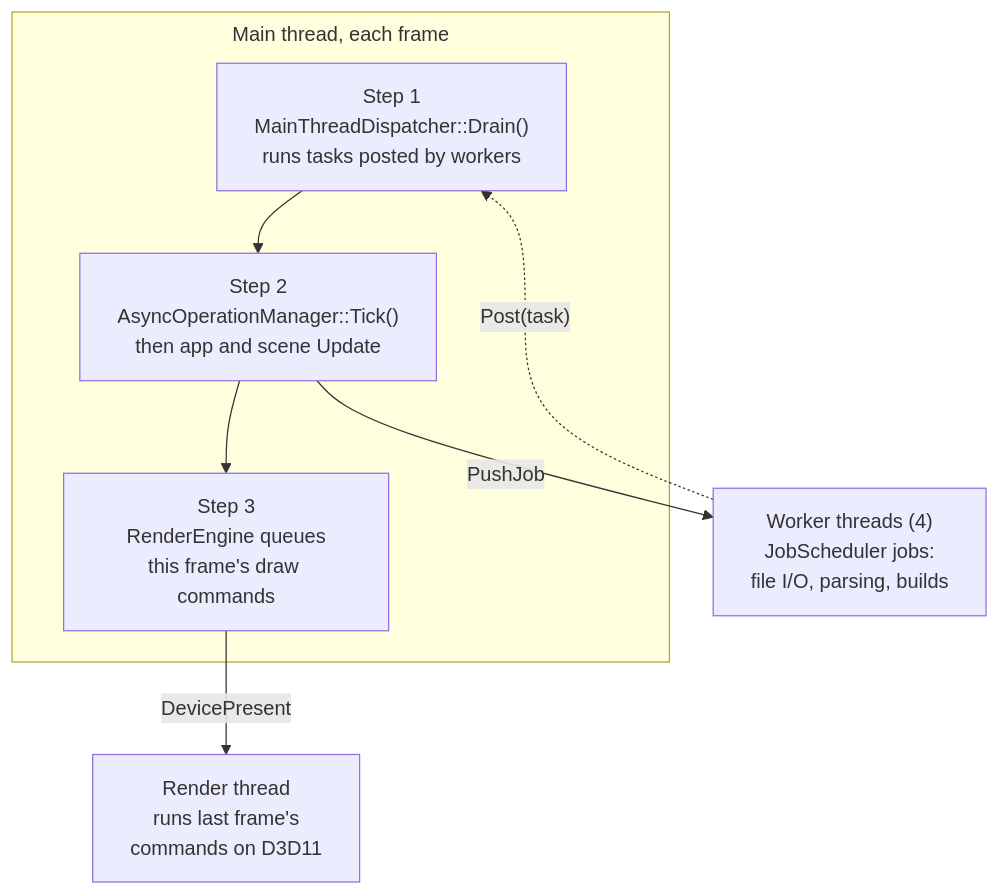
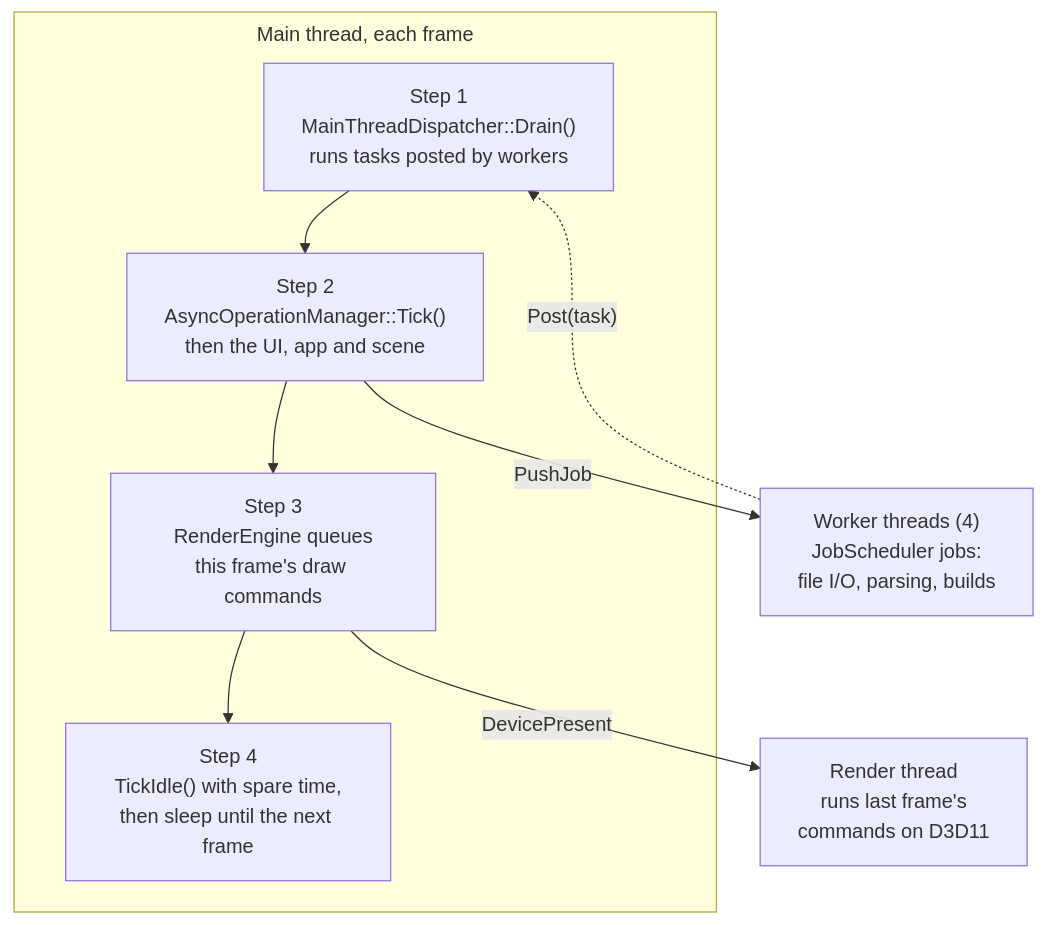
One commit to b1nary0/RZE changed the diagram in Docs/Generated/Engine/06-Platform-And-Infrastructure/Threading-And-Jobs.md. Above: the diagram before and after it, drawn with Mermaid. The commit also changed other lines of this file and 16 other files, not shown here.

````diff
--- a/Docs/Generated/Engine/06-Platform-And-Infrastructure/Threading-And-Jobs.md
+++ b/Docs/Generated/Engine/06-Platform-And-Infrastructure/Threading-And-Jobs.md
@@ -5,15 +5,16 @@
 ```mermaid
 %%{init: {'flowchart': {'subGraphTitleMargin': {'top': 6, 'bottom': 10}}, 'themeCSS': '.labelBkg, .edgeLabel { background-color: var(--background-primary) !important; } .messageText, .labelText, .loopText { paint-order: stroke; stroke: var(--background-primary); stroke-width: 5px; stroke-linejoin: round; }'}}%%
 flowchart TD
     subgraph Main["Main thread, each frame"]
         D["Step 1<br/>MainThreadDispatcher::Drain()<br/>runs tasks posted by workers"]
-        U["Step 2<br/>AsyncOperationManager::Tick()<br/>then app and scene Update"]
+        U["Step 2<br/>AsyncOperationManager::Tick()<br/>then the UI, app and scene"]
         R["Step 3<br/>RenderEngine queues<br/>this frame's draw commands"]
-        D --> U --> R
+        I["Step 4<br/>TickIdle() with spare time,<br/>then sleep until the next frame"]
+        D --> U --> R --> I
     end
     J["Worker threads (4)<br/>JobScheduler jobs:<br/>file I/O, parsing, builds"]
     X["Render thread<br/>runs last frame's<br/>commands on D3D11"]
     U -->|"PushJob"| J
     J -.->|"Post(task)"| D
     R -->|"DevicePresent"| X
 ```
````
